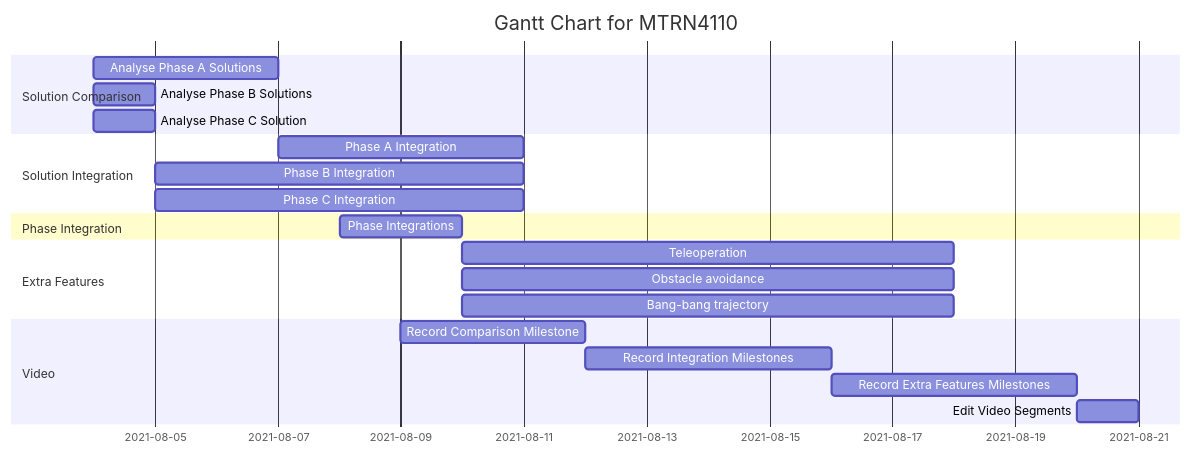
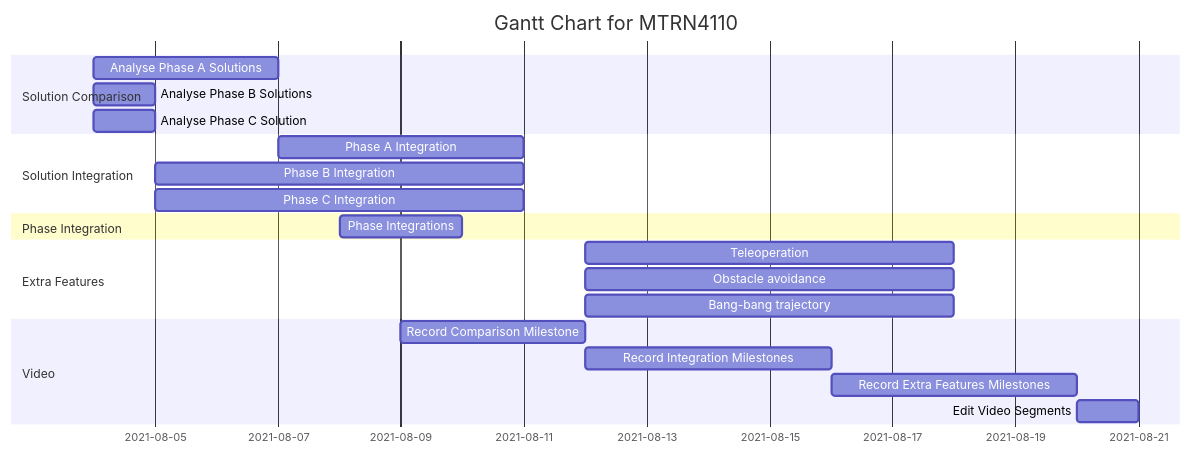
Before and after one commit to dennuguyen/mtrn4110-proj: the diagram in README.md, drawn with Mermaid.

````diff
--- a/README.md
+++ b/README.md
@@ -5,28 +5,28 @@
 ```mermaid
 gantt
     title Gantt Chart for MTRN4110
     dateFormat  DD-MM-YYYY
     section Solution Comparison
     Analyse Phase A Solutions       :04-08-2021, 07-08-2021
     Analyse Phase B Solutions       :04-08-2021, 05-08-2021
     Analyse Phase C Solution        :04-08-2021, 05-08-2021
 
     section Solution Integration
     Phase A Integration             :07-08-2021, 4d
     Phase B Integration             :05-08-2021, 6d
     Phase C Integration             :05-08-2021, 6d
 
     section Phase Integration
     Phase Integrations              :08-08-2021, 2d
 
     section Extra Features
-    Teleoperation              :10-08-2021, 8d
-    Obstacle avoidance         :10-08-2021, 8d
-    Bang-bang trajectory       :10-08-2021, 8d
+    Teleoperation              :12-08-2021, 6d
+    Obstacle avoidance         :12-08-2021, 6d
+    Bang-bang trajectory       :12-08-2021, 6d
 
     section Video
     Record Comparison Milestone           :09-08-2021, 3d
     Record Integration Milestones         :12-08-2021, 4d
     Record Extra Features Milestones      :16-08-2021, 4d
     Edit Video Segments                   :20-08-2021, 1d
 ```
````
